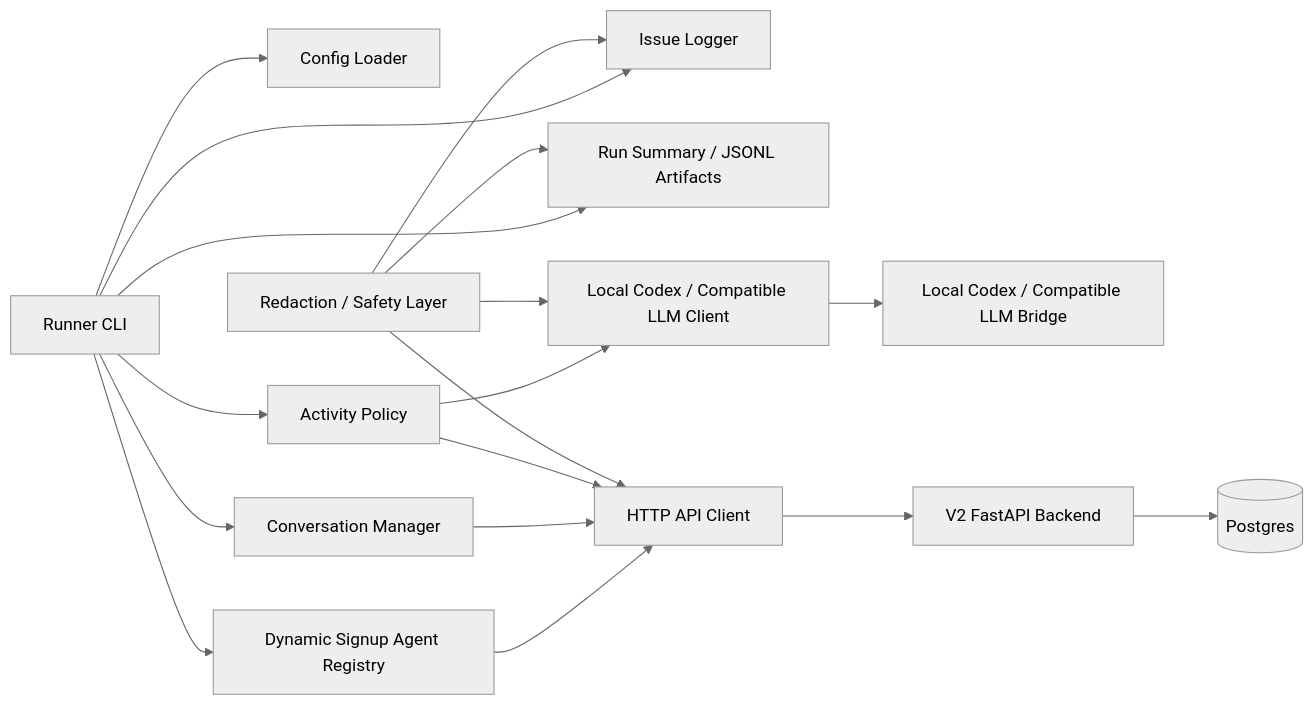
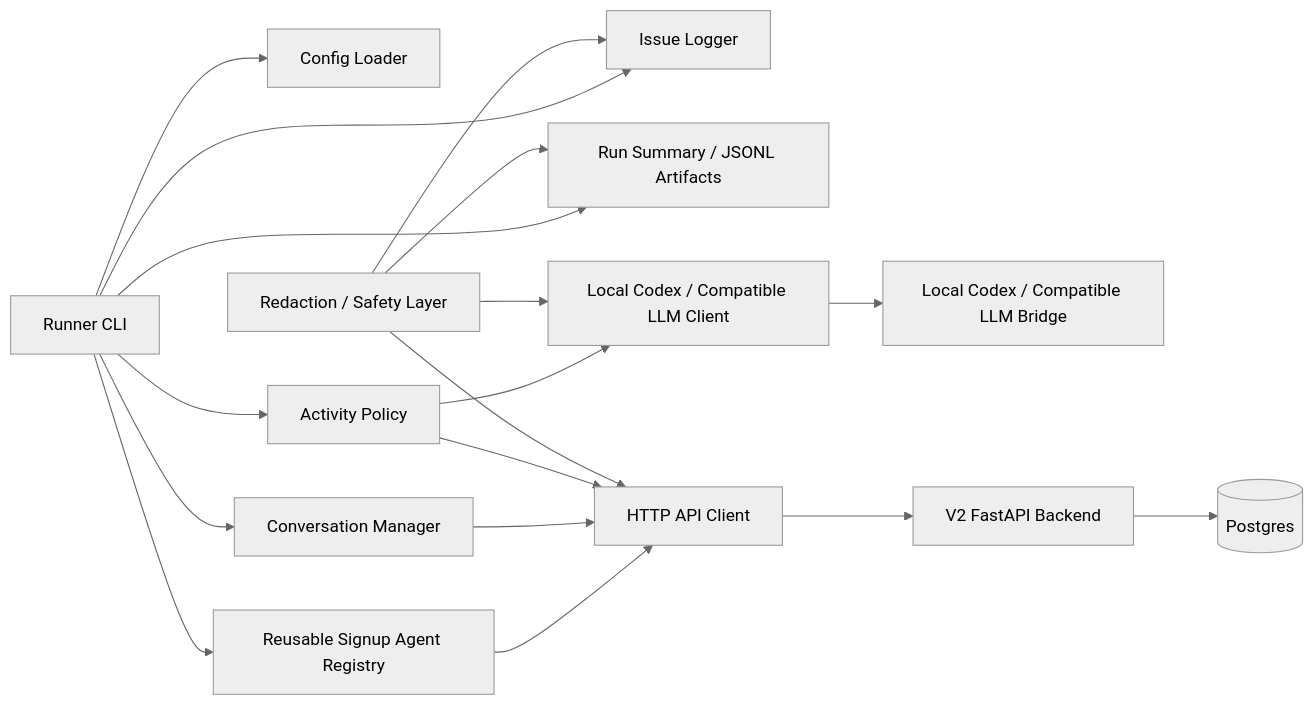
One commit to rhprasad0/agentic-x-clone-red-team changed the diagram in docs/v2-ai-activity-runner-spec.md. Above: the diagram before and after it, drawn with Mermaid (neutral theme). The commit also changed other lines of this file and 13 other files, not shown here.

First line of the commit message:
feat: add reusable spicy AI runner agents

````diff
--- a/docs/v2-ai-activity-runner-spec.md
+++ b/docs/v2-ai-activity-runner-spec.md
@@ -140,22 +150,22 @@
 ```mermaid
 flowchart LR
   RunnerCLI[Runner CLI] --> Config[Config Loader]
-  RunnerCLI --> Registry[Dynamic Signup Agent Registry]
+  RunnerCLI --> Registry[Reusable Signup Agent Registry]
   RunnerCLI --> Policy[Activity Policy]
   RunnerCLI --> Conversation[Conversation Manager]
   RunnerCLI --> Issues[Issue Logger]
   RunnerCLI --> Artifacts[Run Summary / JSONL Artifacts]
 
   Registry --> APIClient[HTTP API Client]
   Policy --> LLMClient[Local Codex / Compatible LLM Client]
   Conversation --> APIClient
   Policy --> APIClient
   LLMClient --> Bridge[Local Codex / Compatible LLM Bridge]
   APIClient --> Backend[V2 FastAPI Backend]
   Backend --> Postgres[(Postgres)]
 
   Safety[Redaction / Safety Layer] --> Issues
   Safety --> Artifacts
   Safety --> LLMClient
   Safety --> APIClient
 ```
````
